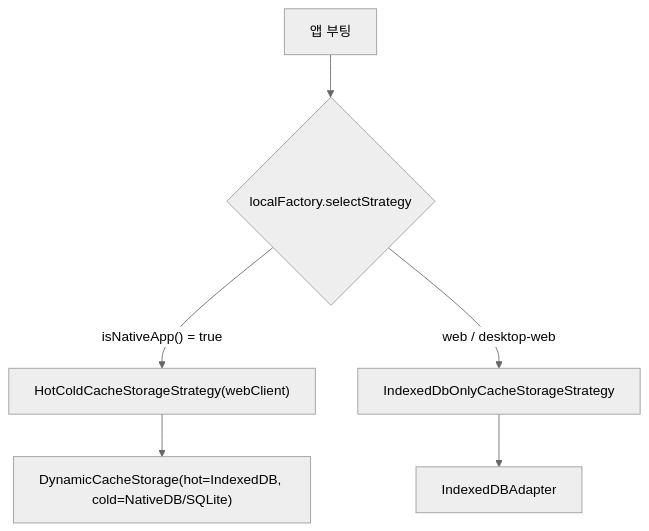
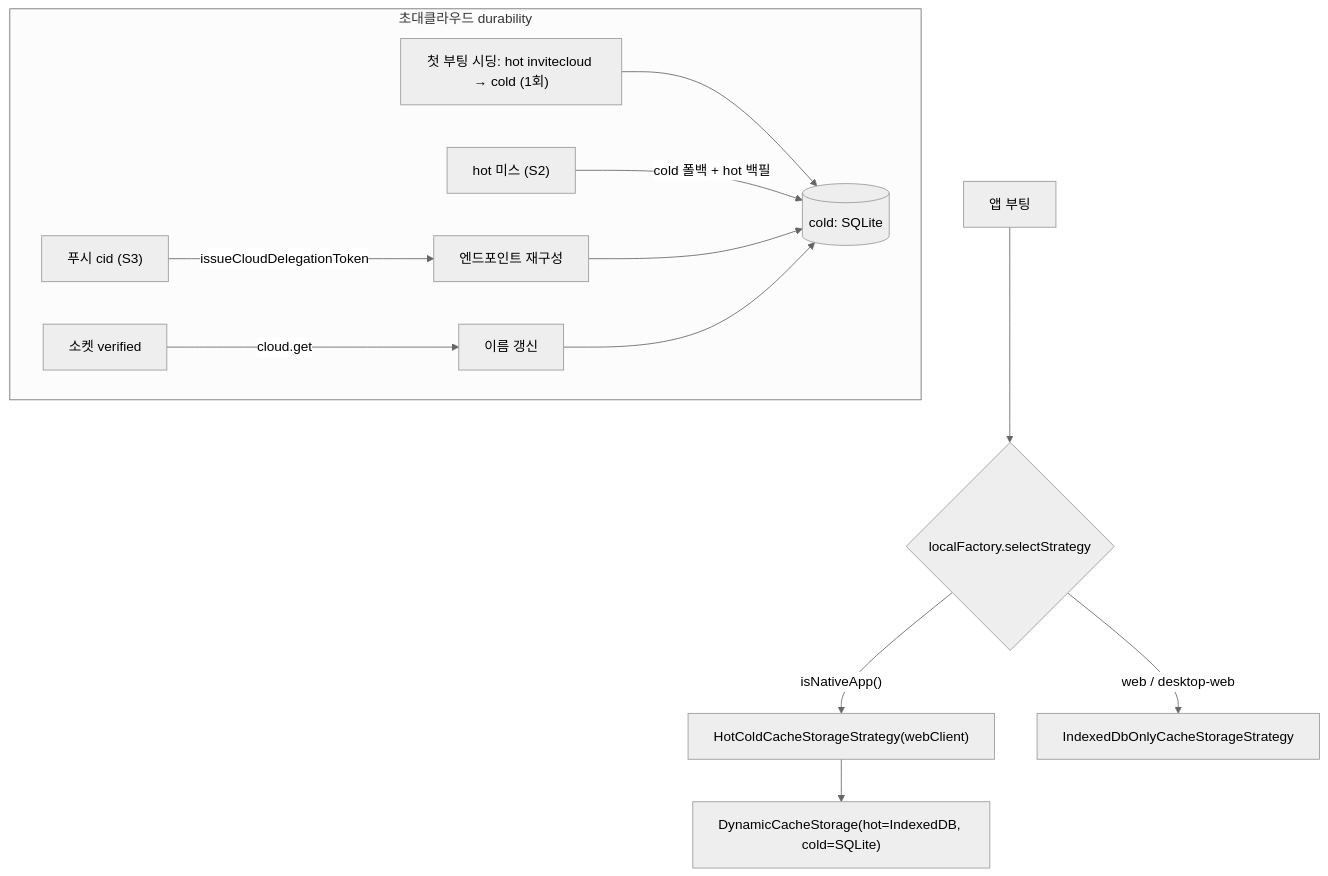
One commit to lemoncloud-io/dou-app changed the diagram in libs/app-runtime/docs/data/cold-db-activation-and-invite-recovery.md. Above: the diagram before and after it, drawn with Mermaid (neutral theme). The commit also changed other lines of this file and 8 other files, not shown here.

First line of the commit message:
refactor(app-runtime): drop web-core invited-cloud registry; cache DB is single source

````diff
--- a/libs/app-runtime/docs/data/cold-db-activation-and-invite-recovery.md
+++ b/libs/app-runtime/docs/data/cold-db-activation-and-invite-recovery.md
@@ -90,8 +67,14 @@
 ```mermaid
 flowchart TD
     Boot[앱 부팅] --> F{localFactory.selectStrategy}
-    F -->|"isNativeApp() = true"| HC["HotColdCacheStorageStrategy(webClient)"]
+    F -->|"isNativeApp()"| HC["HotColdCacheStorageStrategy(webClient)"]
     F -->|"web / desktop-web"| IO[IndexedDbOnlyCacheStorageStrategy]
-    HC --> DCS["DynamicCacheStorage(hot=IndexedDB, cold=NativeDB/SQLite)"]
-    IO --> IDB[IndexedDBAdapter]
+    HC --> DCS["DynamicCacheStorage(hot=IndexedDB, cold=SQLite)"]
+
+    subgraph Invited [초대클라우드 durability]
+      Seed["첫 부팅 시딩: hot invitecloud → cold (1회)"] --> Cold[(cold: SQLite)]
+      HotMiss["hot 미스 (S2)"] -->|"cold 폴백 + hot 백필"| Cold
+      Push["푸시 cid (S3)"] -->|"issueCloudDelegationToken"| Rebuild["엔드포인트 재구성"] --> Cold
+      Verified["소켓 verified"] -->|"cloud.get"| Name["이름 갱신"] --> Cold
+    end
 ```
````
